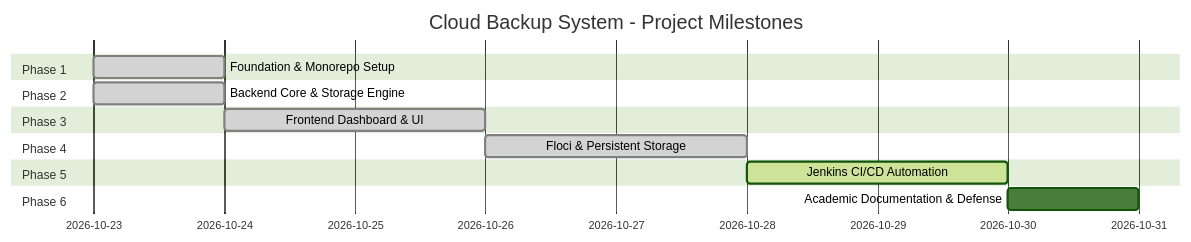
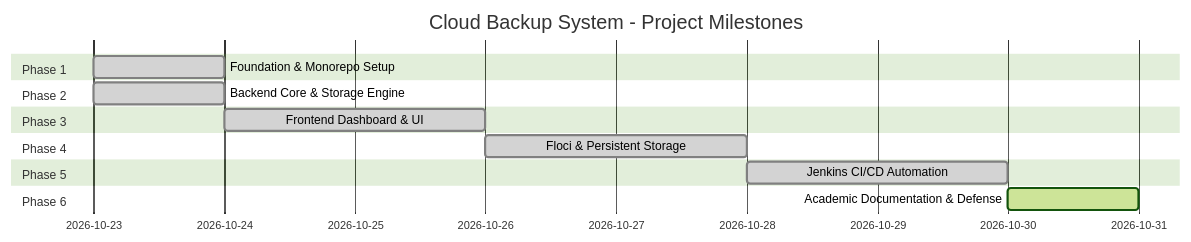
One commit to LakshayYadav167/Cloud-backup-system changed the diagram in docs/phase_plan.md. Above: the diagram before and after it, drawn with Mermaid (forest theme). The commit also changed other lines of this file and 4 other files, not shown here.

Commit message:
feat(phase-5): implement production-quality Jenkins CI/CD pipeline and documentation

````diff
--- a/docs/phase_plan.md
+++ b/docs/phase_plan.md
@@ -9,17 +9,17 @@
 ```mermaid
 gantt
     title Cloud Backup System - Project Milestones
     dateFormat  YYYY-MM-DD
     section Phase 1
     Foundation & Monorepo Setup    :done, p1, 2026-10-23, 1d
     section Phase 2
     Backend Core & Storage Engine   :done, p2, 2026-10-23, 1d
     section Phase 3
     Frontend Dashboard & UI         :done, p3, after p2, 2d
     section Phase 4
     Floci & Persistent Storage      :done, p4, after p3, 2d
     section Phase 5
-    Jenkins CI/CD Automation        :active, p5, after p4, 2d
+    Jenkins CI/CD Automation        :done, p5, after p4, 2d
     section Phase 6
-    Academic Documentation & Defense:p6, after p5, 1d
+    Academic Documentation & Defense:active, p6, after p5, 1d
 ```
````
